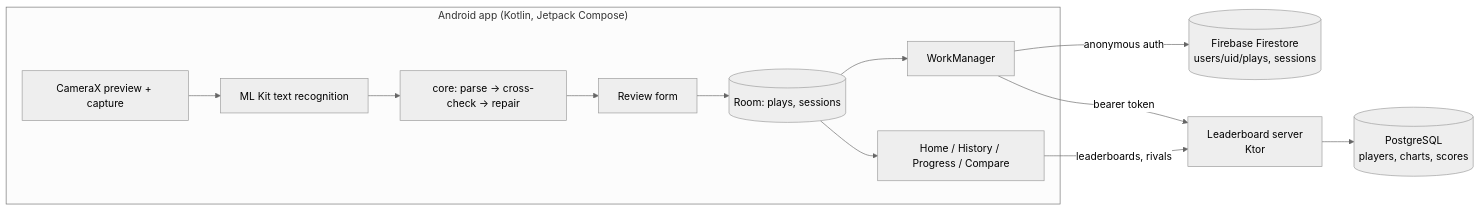
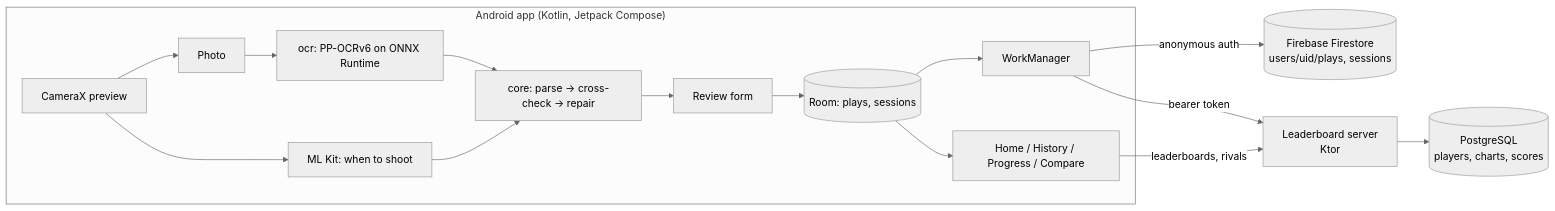
The diagram in README.md (TehoUbi/DDRTrack), drawn with Mermaid (neutral theme) before and after one commit. The commit also changed other lines of this file and 32 other files, not shown here.

````diff
--- a/README.md
+++ b/README.md
@@ -51,15 +53,17 @@
 ```mermaid
 flowchart LR
     subgraph Phone["Android app (Kotlin, Jetpack Compose)"]
-        CAM[CameraX preview + capture] --> MLK[ML Kit text recognition]
-        MLK --> CORE["core: parse → cross-check → repair"]
+        CAM[CameraX preview] --> MLK[ML Kit: when to shoot]
+        CAM --> PHOTO[Photo] --> PPOCR["ocr: PP-OCRv6 on ONNX Runtime"]
+        PPOCR --> CORE["core: parse → cross-check → repair"]
+        MLK --> CORE
         CORE --> REVIEW[Review form]
         REVIEW --> ROOM[(Room: plays, sessions)]
         ROOM --> UI[Home / History / Progress / Compare]
         ROOM --> WM[WorkManager]
     end
     WM -- anonymous auth --> FS[(Firebase Firestore<br/>users/uid/plays, sessions)]
     WM -- bearer token --> API[Leaderboard server<br/>Ktor]
     API --> PG[(PostgreSQL<br/>players, charts, scores)]
     UI -- leaderboards, rivals --> API
 ```
````
